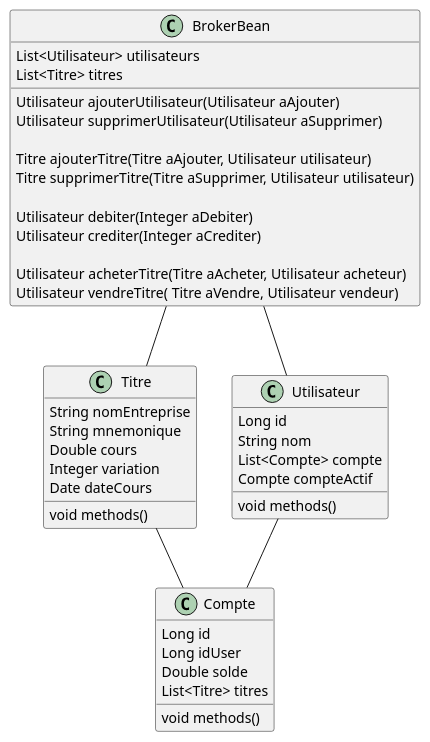
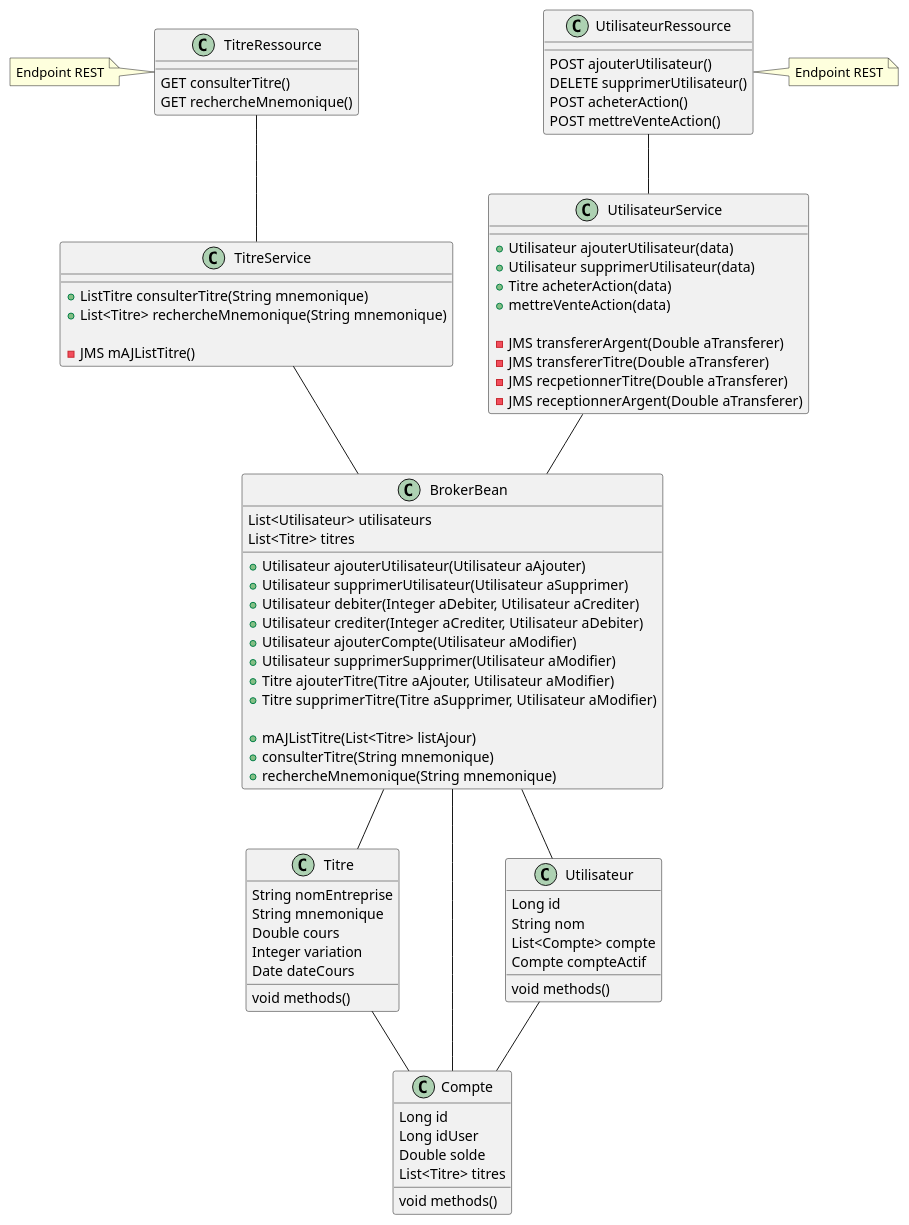
One commit to Pardival/ApplicationBroker changed the diagram in diagram.wsd. Above: the diagram before and after it, drawn with PlantUML.

Commit message:
maj diagramme classe de broker

```diff
--- a/diagram.wsd
+++ b/diagram.wsd
@@ -1,50 +1,90 @@
 @startuml classdiagram
     Titre -- Compte
     Utilisateur -- Compte
     BrokerBean -- Titre
     BrokerBean -- Utilisateur
+    BrokerBean -- Compte
+    TitreService -- BrokerBean
+    TitreRessource -- TitreService
+    UtilisateurService -- BrokerBean
+    UtilisateurRessource -- UtilisateurService
 
 
     class Titre {
         String nomEntreprise
         String mnemonique
         Double cours 
         Integer variation
         Date dateCours
         void methods()
     }
 
     class Compte {
         Long id
         Long idUser
         Double solde
         List<Titre> titres
         void methods()
     }
 
     class Utilisateur {
         Long id
         String nom
         List<Compte> compte
         Compte compteActif
         void methods()
     }
 
     class BrokerBean {
         List<Utilisateur> utilisateurs
         List<Titre> titres
         
-        Utilisateur ajouterUtilisateur(Utilisateur aAjouter)
-        Utilisateur supprimerUtilisateur(Utilisateur aSupprimer)
-        
-        Titre ajouterTitre(Titre aAjouter, Utilisateur utilisateur)
-        Titre supprimerTitre(Titre aSupprimer, Utilisateur utilisateur)
+        + Utilisateur ajouterUtilisateur(Utilisateur aAjouter)
+        + Utilisateur supprimerUtilisateur(Utilisateur aSupprimer)
+        + Utilisateur debiter(Integer aDebiter, Utilisateur aCrediter)
+        + Utilisateur crediter(Integer aCrediter, Utilisateur aDebiter)
+        + Utilisateur ajouterCompte(Utilisateur aModifier)
+        + Utilisateur supprimerSupprimer(Utilisateur aModifier)
+        + Titre ajouterTitre(Titre aAjouter, Utilisateur aModifier)
+        + Titre supprimerTitre(Titre aSupprimer, Utilisateur aModifier)
 
-        Utilisateur debiter(Integer aDebiter)
-        Utilisateur crediter(Integer aCrediter)
+        + mAJListTitre(List<Titre> listAjour)
+        + consulterTitre(String mnemonique)
+        + rechercheMnemonique(String mnemonique)
+    }
 
-        Utilisateur acheterTitre(Titre aAcheter, Utilisateur acheteur)
-        Utilisateur vendreTitre( Titre aVendre, Utilisateur vendeur)
+    Class TitreService {
+        + ListTitre consulterTitre(String mnemonique)
+        + List<Titre> rechercheMnemonique(String mnemonique)
+
+        - JMS mAJListTitre()
     }
-    
+
+    class TitreRessource {
+        GET consulterTitre()
+        GET rechercheMnemonique()
+
+    }
+    note left: Endpoint REST
+
+    Class UtilisateurService {
+        + Utilisateur ajouterUtilisateur(data)
+        + Utilisateur supprimerUtilisateur(data)
+        + Titre acheterAction(data)
+        + mettreVenteAction(data)
+
+        - JMS transfererArgent(Double aTransferer)
+        - JMS transfererTitre(Double aTransferer)
+        - JMS recpetionnerTitre(Double aTransferer)
+        - JMS receptionnerArgent(Double aTransferer)
+    }
+
+    class UtilisateurRessource {
+        POST ajouterUtilisateur()
+        DELETE supprimerUtilisateur()
+        POST acheterAction()
+        POST mettreVenteAction()
+    }
+    note right: Endpoint REST 
+
 @enduml
```
